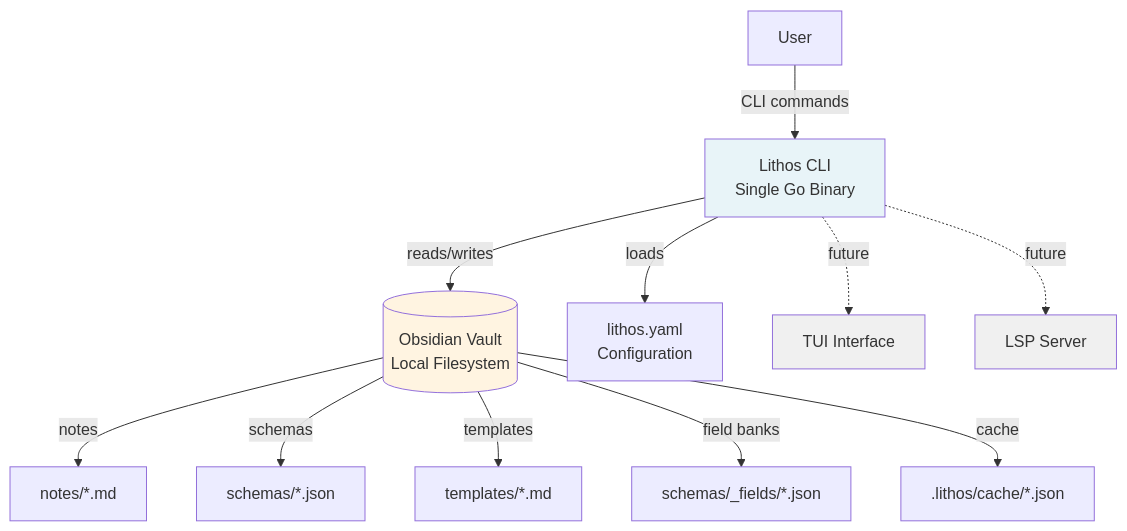
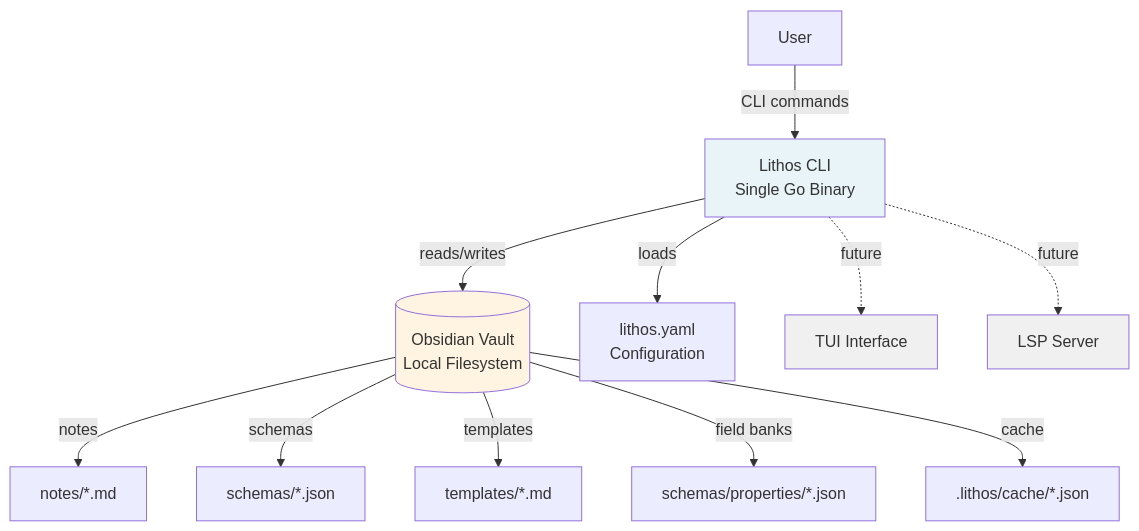
Before and after one commit to JackMatanky/lithos: the diagram in docs/architecture/high-level-architecture.md, drawn with Mermaid. The commit also changed 29 other files, not shown here.

````diff
--- a/docs/architecture/high-level-architecture.md
+++ b/docs/architecture/high-level-architecture.md
@@ -47,21 +47,21 @@
 ```mermaid
 graph TB
     User[User] -->|CLI commands| Lithos[Lithos CLI<br/>Single Go Binary]
 
     Lithos -->|reads/writes| Vault[(Obsidian Vault<br/>Local Filesystem)]
     Lithos -->|loads| Config[lithos.yaml<br/>Configuration]
 
     Vault -->|notes| Notes[notes/*.md]
     Vault -->|schemas| Schemas[schemas/*.json]
     Vault -->|templates| Templates[templates/*.md]
-    Vault -->|field banks| FieldBanks[schemas/_fields/*.json]
+    Vault -->|field banks| FieldBanks[schemas/properties/*.json]
     Vault -->|cache| Cache[.lithos/cache/*.json]
 
     Lithos -.->|future| TUI[TUI Interface]
     Lithos -.->|future| LSP[LSP Server]
 
     style Lithos fill:#e8f4f8
     style Vault fill:#fff4e1
     style TUI fill:#f0f0f0
     style LSP fill:#f0f0f0
 ```
````
